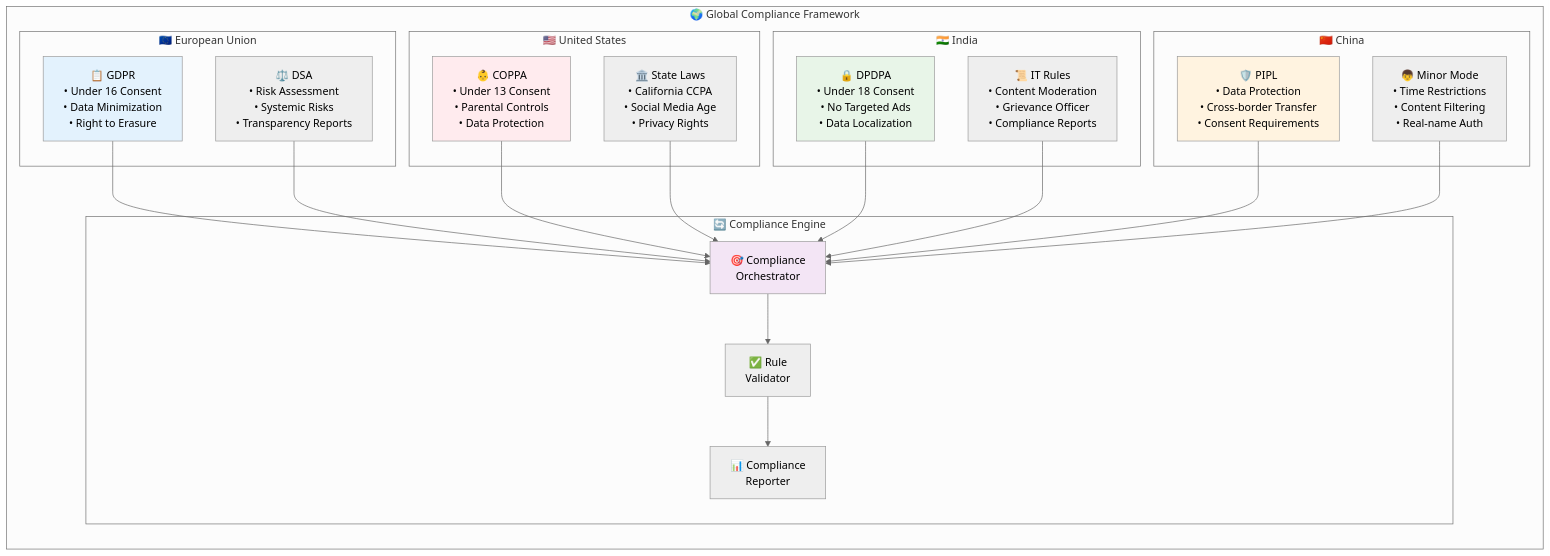
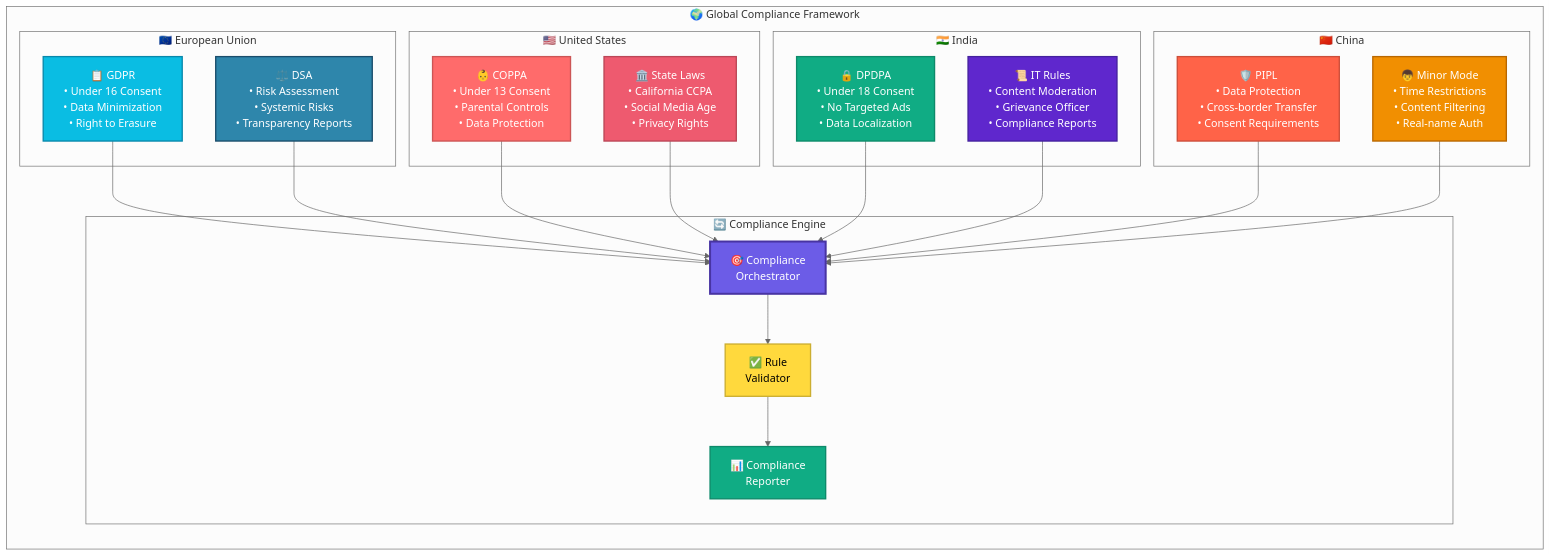
Before and after one commit to gitmujoshi/ai-curation-engine-cursor-generated: the fifth of 13 diagrams in docs/architecture/AI_Curation_Engine_Architecture.md, drawn with Mermaid (neutral theme). The commit also changed other lines of this file and 8 other files, not shown here.

First line of the commit message:
Improve architecture diagrams with professional styling and color schemes

````diff
--- a/docs/architecture/AI_Curation_Engine_Architecture.md
+++ b/docs/architecture/AI_Curation_Engine_Architecture.md
@@ -1259,9 +1279,16 @@
     ORCHESTRATOR --> VALIDATOR
     VALIDATOR --> REPORTER
     
-    style GDPR fill:#e3f2fd
-    style COPPA fill:#ffebee
-    style DPDPA fill:#e8f5e8
-    style PIPL fill:#fff3e0
-    style ORCHESTRATOR fill:#f3e5f5
+    %% Professional compliance color scheme
+    style GDPR fill:#0ABDE3,stroke:#0888AB,stroke-width:2px,color:#fff
+    style DSA fill:#2E86AB,stroke:#1A4D6B,stroke-width:2px,color:#fff
+    style COPPA fill:#FF6B6B,stroke:#CC5555,stroke-width:2px,color:#fff
+    style STATE fill:#EE5A6F,stroke:#BB4757,stroke-width:2px,color:#fff
+    style DPDPA fill:#10AC84,stroke:#0D8A6A,stroke-width:2px,color:#fff
+    style IT_RULES fill:#5F27CD,stroke:#44219D,stroke-width:2px,color:#fff
+    style PIPL fill:#FF6348,stroke:#CC4E3A,stroke-width:2px,color:#fff
+    style MINOR_MODE fill:#F18F01,stroke:#B86700,stroke-width:2px,color:#fff
+    style ORCHESTRATOR fill:#6C5CE7,stroke:#4834A3,stroke-width:3px,color:#fff
+    style VALIDATOR fill:#FFD93D,stroke:#CCAE31,stroke-width:2px,color:#000
+    style REPORTER fill:#10AC84,stroke:#0D8A6A,stroke-width:2px,color:#fff
 ```
````
